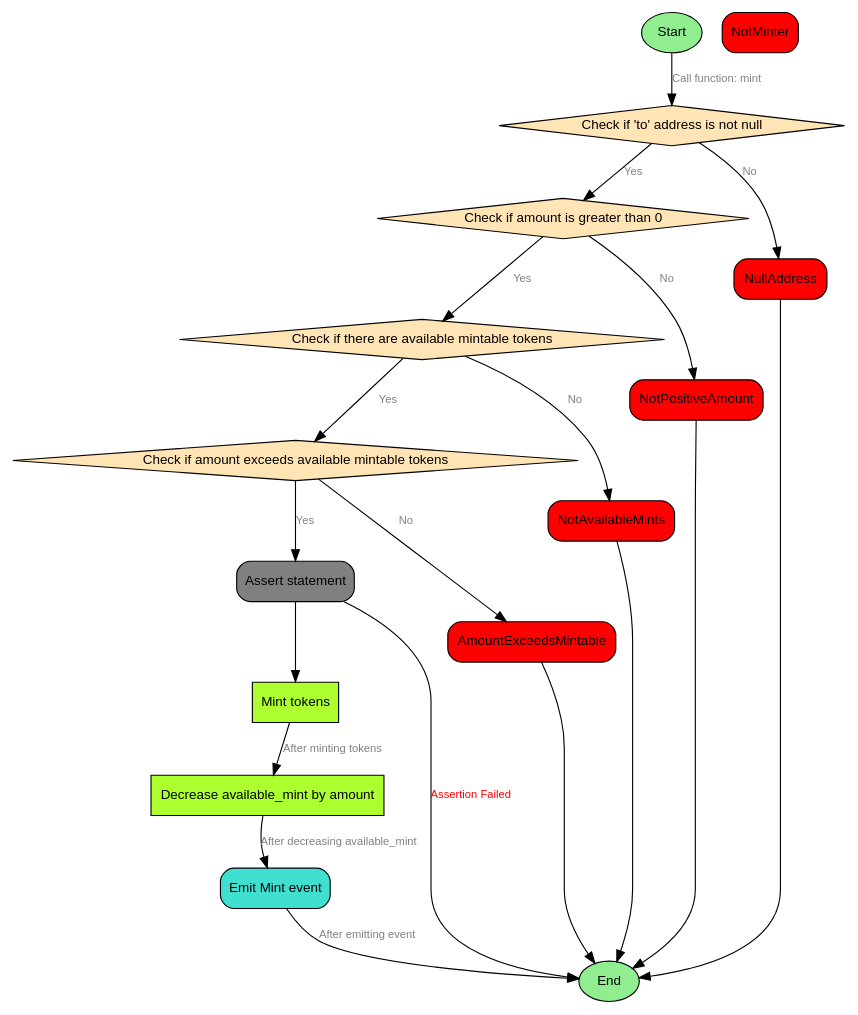
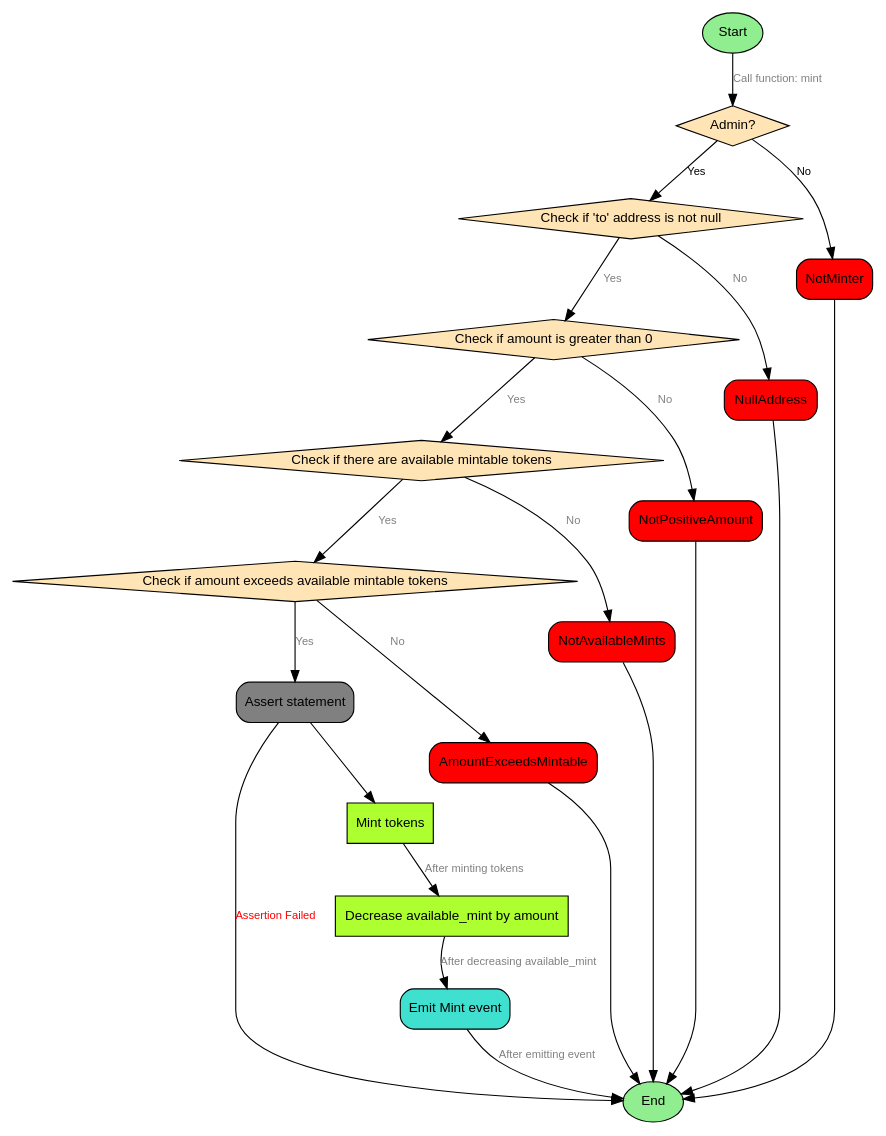
One commit to 0xJournal/contracts-0xJ__GovernanceToken changed the diagram in doc/mint.dot. Above: the diagram before and after it, drawn with Graphviz. The commit also changed 1 other file, not shown here.

```diff
--- a/doc/mint.dot
+++ b/doc/mint.dot
@@ -1,47 +1,52 @@
 digraph {
     node [shape = box; style = "rounded, filled"; fillcolor = "#F5F5F5"; fontname = "Arial"; fontsize = 12;];
     edge [fontname = "Arial"; fontsize = 10;];
     
     start [label = "Start";shape = "ellipse";style = "filled";fillcolor = "#90EE90";];
     
-    start -> checkTo [label = "Call function: mint"; fontsize = 10; fontcolor = "#808080";];
+    start -> minterCheck [label = "Call function: mint"; fontsize = 10; fontcolor = "#808080";];
     
+	minterCheck [label = "Admin?";shape = "diamond";style = "filled";fillcolor = "#FFE4B5";];
+	minterCheck -> checkTo [label = "Yes"; fontsize = 10;];
+	minterCheck -> revertNotMinter [label = "No"; fontsize = 10;];
+    revertNotMinter [label = "NotMinter";shape = "box";style = "rounded,filled";fillcolor = "red";];
+	revertNotMinter -> end;
+
     checkTo [label = "Check if 'to' address is not null";shape = "diamond";style = "filled";fillcolor = "#FFE4B5";];
     checkAmount [label = "Check if amount is greater than 0";shape = "diamond";style = "filled";fillcolor = "#FFE4B5";];
     checkAvailableMint [label = "Check if there are available mintable tokens";shape = "diamond";style = "filled";fillcolor = "#FFE4B5";];
     checkAmountExceedsMintable [label = "Check if amount exceeds available mintable tokens";shape = "diamond";style = "filled";fillcolor = "#FFE4B5";];
     assertStatement [label = "Assert statement";shape = "box";style = "rounded,filled";fillcolor = "gray";];
     mintTokens [label = "Mint tokens";style = "filled";fillcolor = "greenyellow";];
     decreaseAvailableMint [label = "Decrease available_mint by amount";style = "filled";fillcolor = "greenyellow";];
     emitEvent [label = "Emit Mint event";shape = "box";style = "rounded,filled";fillcolor = "turquoise";];
     end [label = "End";shape = "ellipse";style = "filled";fillcolor = "#90EE90";];
     
-    revertNotMinter [label = "NotMinter";shape = "box";style = "rounded,filled";fillcolor = "red";];
     revertNullAddress [label = "NullAddress";shape = "box";style = "rounded,filled";fillcolor = "red";];
     revertNotPositiveAmount [label = "NotPositiveAmount";shape = "box";style = "rounded,filled";fillcolor = "red";];
     revertNotAvailableMints [label = "NotAvailableMints";shape = "box";style = "rounded,filled";fillcolor = "red";];
     revertAmountExceedsMintable [label = "AmountExceedsMintable";shape = "box";style = "rounded,filled";fillcolor = "red";];
     
     checkTo -> checkAmount [label = "Yes"; fontsize = 10; fontcolor = "#808080";];
     checkTo -> revertNullAddress [label = "No"; fontsize = 10; fontcolor = "#808080";];
     revertNullAddress -> end;
     
     checkAmount -> checkAvailableMint [label = "Yes"; fontsize = 10; fontcolor = "#808080";];
     checkAmount -> revertNotPositiveAmount [label = "No"; fontsize = 10; fontcolor = "#808080";];
     revertNotPositiveAmount -> end;
     
     checkAvailableMint -> checkAmountExceedsMintable [label = "Yes"; fontsize = 10; fontcolor = "#808080";];
     checkAvailableMint -> revertNotAvailableMints [label = "No"; fontsize = 10; fontcolor = "#808080";];
     revertNotAvailableMints -> end;
     
     checkAmountExceedsMintable -> revertAmountExceedsMintable [label = "No"; fontsize = 10; fontcolor = "#808080";];
     checkAmountExceedsMintable -> assertStatement [label = "Yes"; fontsize = 10; fontcolor = "#808080";];
     revertAmountExceedsMintable -> end;
     
     assertStatement -> mintTokens;
     assertStatement -> end [label = "Assertion Failed"; fontsize = 10; fontcolor = "#FF0000";];
     
     mintTokens -> decreaseAvailableMint [label = "After minting tokens"; fontsize = 10; fontcolor = "#808080";];
     decreaseAvailableMint -> emitEvent [label = "After decreasing available_mint"; fontsize = 10; fontcolor = "#808080";];
     emitEvent -> end [label = "After emitting event"; fontsize = 10; fontcolor = "#808080";];
 }
```
